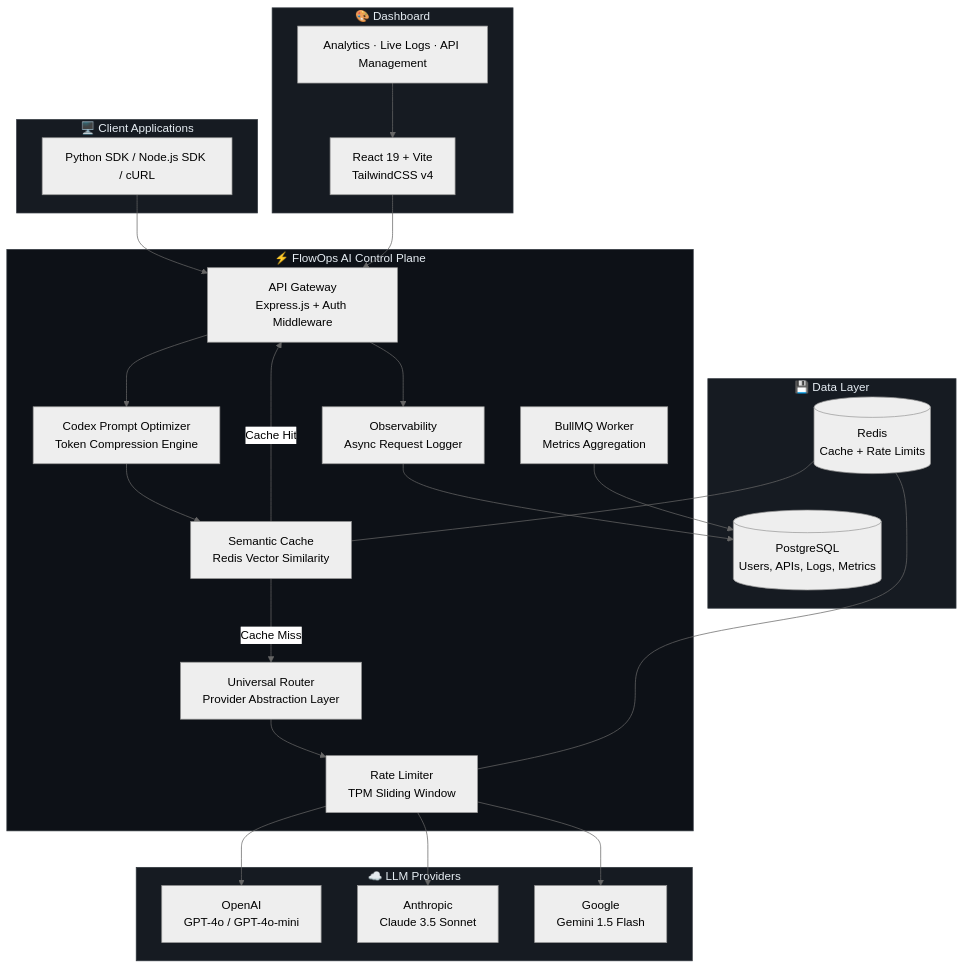
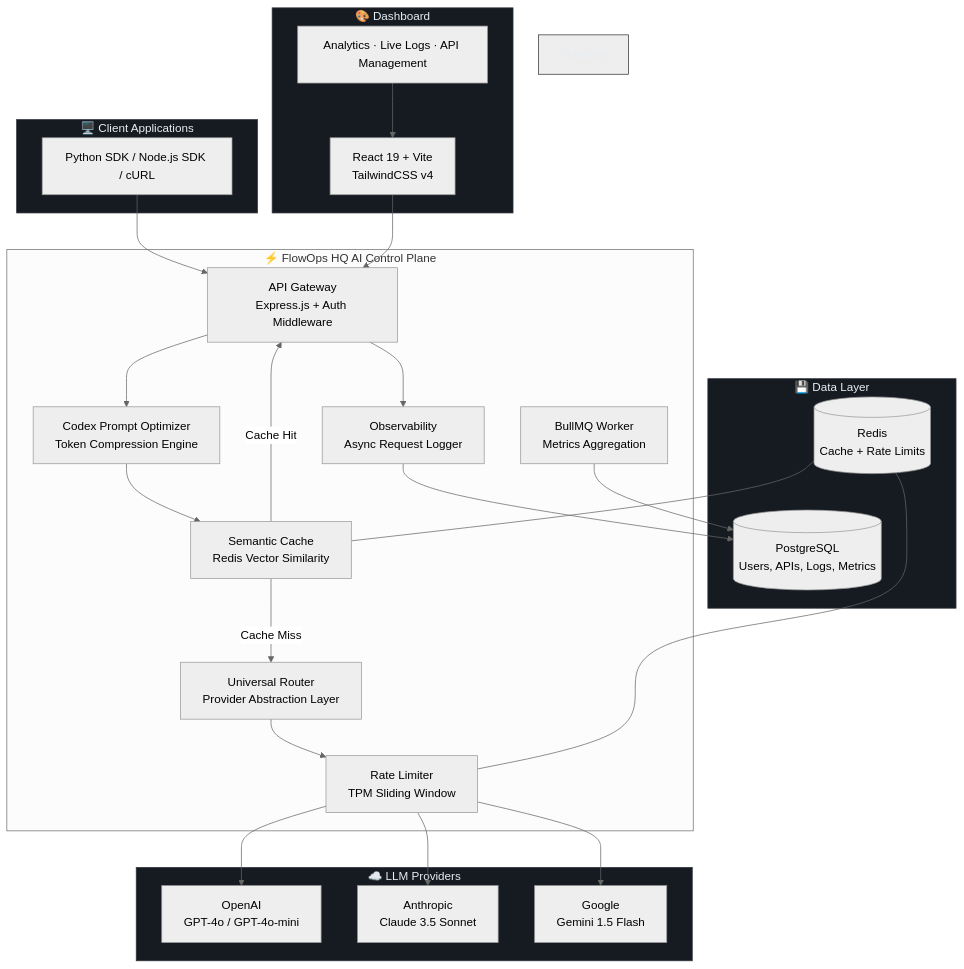
Before and after one commit to aaryan-paliwal/FlowOps-HQ: the diagram in README.md, drawn with Mermaid (neutral theme). The commit also changed other lines of this file and 122 other files, not shown here.

````diff
--- a/README.md
+++ b/README.md
@@ -44,52 +44,52 @@
 ```mermaid
 graph TB
     subgraph Client["🖥️ Client Applications"]
         A["Python SDK / Node.js SDK / cURL"]
     end
 
-    subgraph FlowOps["⚡ FlowOps AI Control Plane"]
+    subgraph FlowOps HQ["⚡ FlowOps HQ AI Control Plane"]
         B["API Gateway<br/>Express.js + Auth Middleware"]
         C["Codex Prompt Optimizer<br/>Token Compression Engine"]
         D["Semantic Cache<br/>Redis Vector Similarity"]
         E["Universal Router<br/>Provider Abstraction Layer"]
         F["Rate Limiter<br/>TPM Sliding Window"]
         G["Observability<br/>Async Request Logger"]
         H["BullMQ Worker<br/>Metrics Aggregation"]
     end
 
     subgraph Providers["☁️ LLM Providers"]
         I["OpenAI<br/>GPT-4o / GPT-4o-mini"]
         J["Anthropic<br/>Claude 3.5 Sonnet"]
         K["Google<br/>Gemini 1.5 Flash"]
     end
 
     subgraph Storage["💾 Data Layer"]
         L[("PostgreSQL<br/>Users, APIs, Logs, Metrics")]
         M[("Redis<br/>Cache + Rate Limits")]
     end
 
     subgraph Frontend["🎨 Dashboard"]
         N["React 19 + Vite<br/>TailwindCSS v4"]
         O["Analytics · Live Logs · API Management"]
     end
 
     A --> B
     B --> C
     C --> D
     D -->|Cache Miss| E
     D -->|Cache Hit| B
     E --> F
     F --> I & J & K
     B --> G
     G --> L
     H --> L
     M --- D & F
     N --> B
     O --> N
 
-    style FlowOps fill:#0d1117,stroke:#30363d,color:#e6edf3
+    style FlowOps HQ fill:#0d1117,stroke:#30363d,color:#e6edf3
     style Providers fill:#161b22,stroke:#30363d,color:#e6edf3
     style Storage fill:#161b22,stroke:#30363d,color:#e6edf3
     style Frontend fill:#161b22,stroke:#30363d,color:#e6edf3
     style Client fill:#161b22,stroke:#30363d,color:#e6edf3
 ```
````
